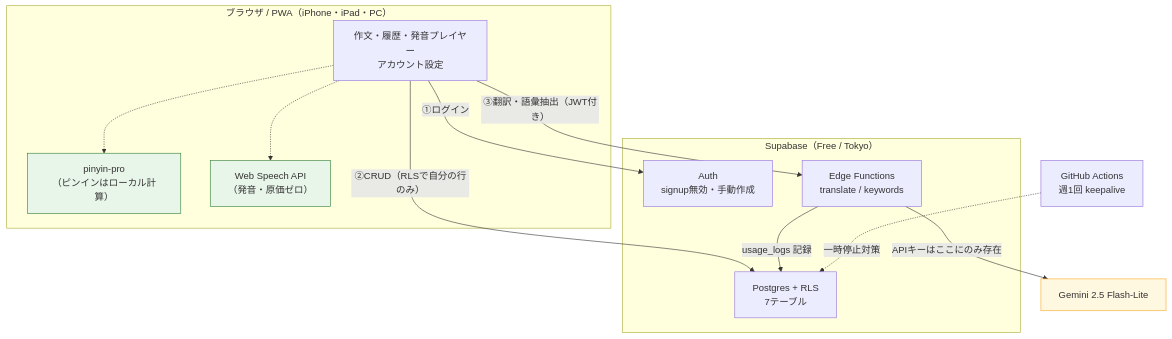
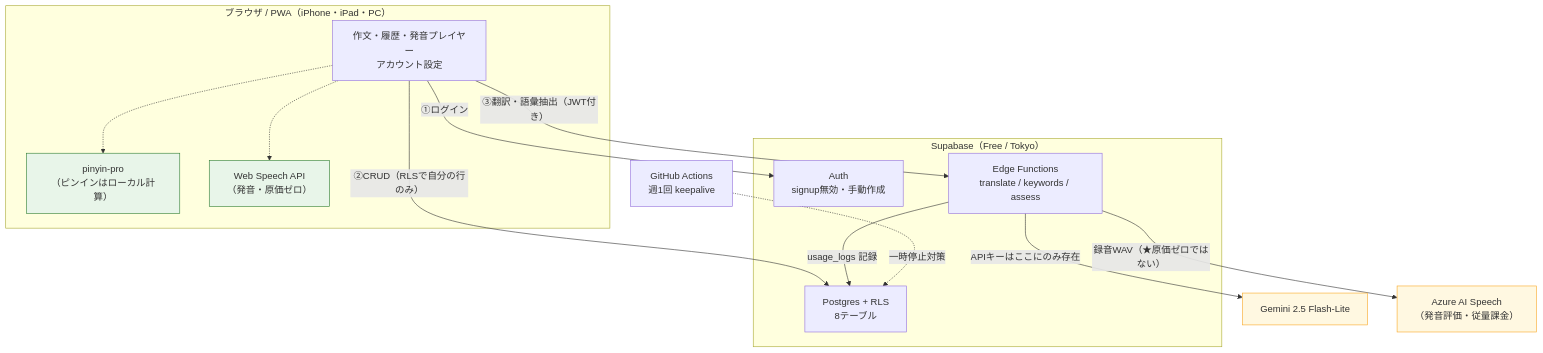
One commit to hisataka0206/englishLearningApp changed the first of 5 diagrams in docs/10-specs/family-edition-spec.md. Above: the diagram before and after it, drawn with Mermaid. The commit also changed other lines of this file and 17 other files, not shown here.

````diff
--- a/docs/10-specs/family-edition-spec.md
+++ b/docs/10-specs/family-edition-spec.md
@@ -15,30 +15,33 @@
 ```mermaid
 flowchart TB
     subgraph CLIENT["ブラウザ / PWA（iPhone・iPad・PC）"]
         UI["作文・履歴・発音プレイヤー<br/>アカウント設定"]
         PY["pinyin-pro<br/>（ピンインはローカル計算）"]
         TTS["Web Speech API<br/>（発音・原価ゼロ）"]
     end
 
     subgraph SB["Supabase（Free / Tokyo）"]
         AUTH["Auth<br/>signup無効・手動作成"]
-        EF["Edge Functions<br/>translate / keywords"]
-        DB["Postgres + RLS<br/>7テーブル"]
+        EF["Edge Functions<br/>translate / keywords / assess"]
+        DB["Postgres + RLS<br/>8テーブル"]
     end
 
     GEM["Gemini 2.5 Flash-Lite"]
+    AZ["Azure AI Speech<br/>（発音評価・従量課金）"]
     GHA["GitHub Actions<br/>週1回 keepalive"]
 
     UI -->|"①ログイン"| AUTH
     UI -->|"②CRUD（RLSで自分の行のみ）"| DB
     UI -->|"③翻訳・語彙抽出（JWT付き）"| EF
     EF -->|"APIキーはここにのみ存在"| GEM
+    EF -->|"録音WAV（★原価ゼロではない）"| AZ
     EF -->|"usage_logs 記録"| DB
     UI -.-> PY
     UI -.-> TTS
     GHA -.->|"一時停止対策"| DB
 
     style TTS fill:#e8f5e9,stroke:#2e7d32
     style PY fill:#e8f5e9,stroke:#2e7d32
     style GEM fill:#fff8e1,stroke:#f9a825
+    style AZ fill:#fff8e1,stroke:#f9a825
 ```
````
